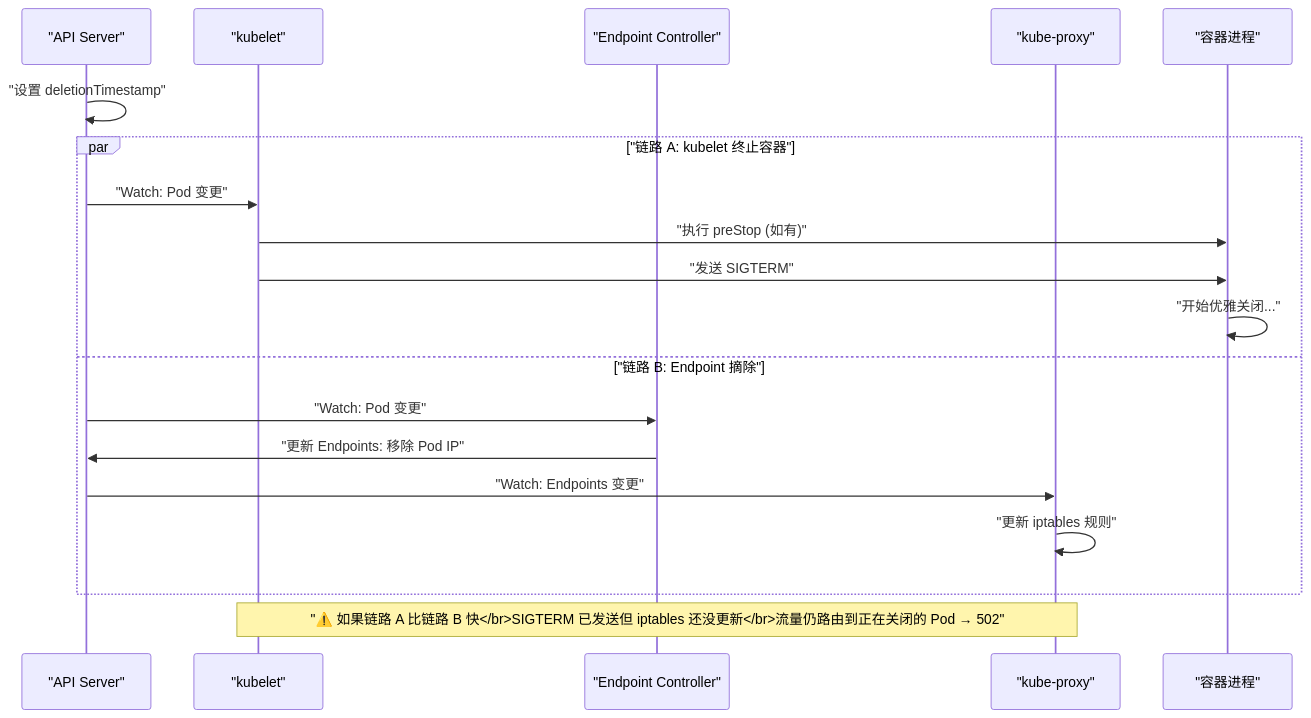
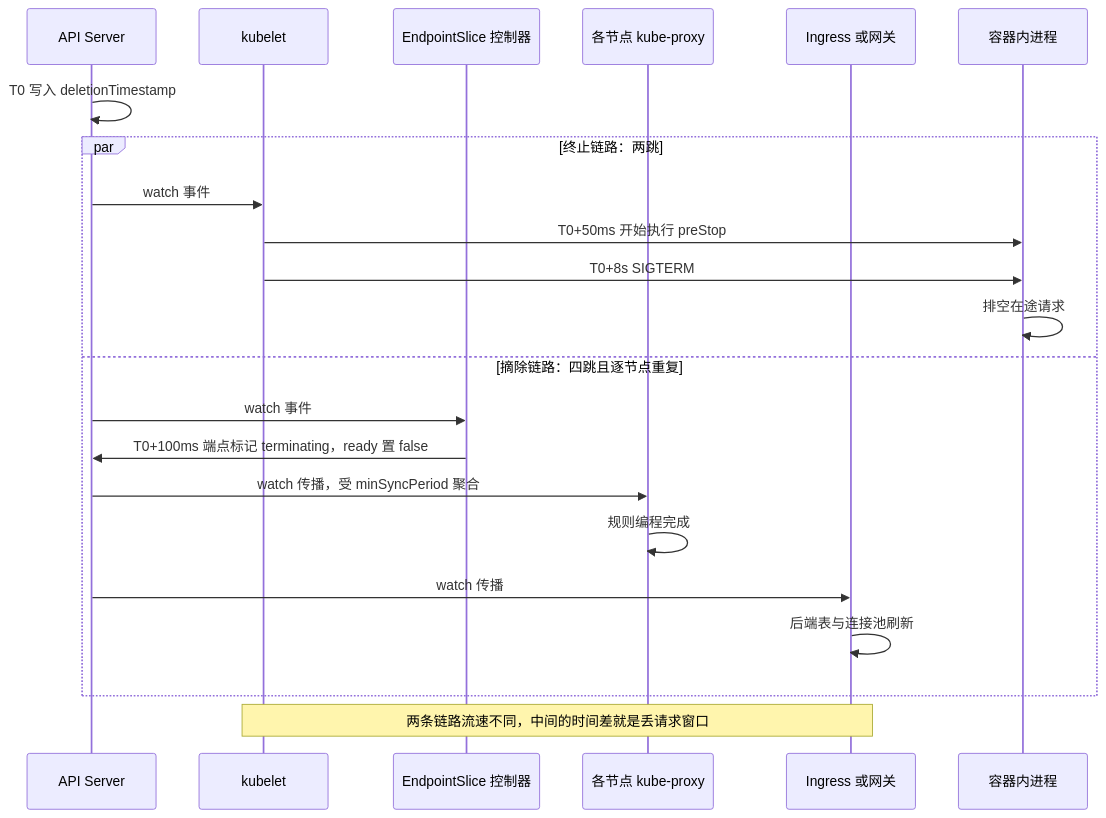
Before and after one commit to hpliStartAgain/my-brain: the second of 6 diagrams in content/云原生/Kubernetes/kubernetes生命周期管理和服务发现/04 优雅停机与滚动更新的零停机.md, drawn with Mermaid. The commit also changed other lines of this file and 259 other files, not shown here.

````diff
--- a/content/云原生/Kubernetes/kubernetes生命周期管理和服务发现/04 优雅停机与滚动更新的零停机.md
+++ b/content/云原生/Kubernetes/kubernetes生命周期管理和服务发现/04 优雅停机与滚动更新的零停机.md
@@ -49,25 +131,26 @@
 ```mermaid
 %%{init: {'theme': 'dracula'}}%%
 sequenceDiagram
-    participant API as "API Server"
-    participant KL as "kubelet"
-    participant EC as "Endpoint Controller"
-    participant KP as "kube-proxy"
-    participant APP as "容器进程"
+    participant API as API Server
+    participant KL as kubelet
+    participant EC as EndpointSlice 控制器
+    participant KP as 各节点 kube-proxy
+    participant GW as Ingress 或网关
+    participant APP as 容器内进程
 
-    API->>API: "设置 deletionTimestamp"
-    
-    par "链路 A: kubelet 终止容器"
-        API->>KL: "Watch: Pod 变更"
-        KL->>APP: "执行 preStop (如有)"
-        KL->>APP: "发送 SIGTERM"
-        APP->>APP: "开始优雅关闭..."
-    and "链路 B: Endpoint 摘除"
-        API->>EC: "Watch: Pod 变更"
-        EC->>API: "更新 Endpoints: 移除 Pod IP"
-        API->>KP: "Watch: Endpoints 变更"
-        KP->>KP: "更新 iptables 规则"
+    API->>API: T0 写入 deletionTimestamp
+    par 终止链路：两跳
+        API->>KL: watch 事件
+        KL->>APP: T0+50ms 开始执行 preStop
+        KL->>APP: T0+8s SIGTERM
+        APP->>APP: 排空在途请求
+    and 摘除链路：四跳且逐节点重复
+        API->>EC: watch 事件
+        EC->>API: T0+100ms 端点标记 terminating，ready 置 false
+        API->>KP: watch 传播，受 minSyncPeriod 聚合
+        KP->>KP: 规则编程完成
+        API->>GW: watch 传播
+        GW->>GW: 后端表与连接池刷新
     end
-
-    Note over KL,KP: "⚠️ 如果链路 A 比链路 B 快</br>SIGTERM 已发送但 iptables 还没更新</br>流量仍路由到正在关闭的 Pod → 502"
+    Note over KL,GW: 两条链路流速不同，中间的时间差就是丢请求窗口
 ```
````
